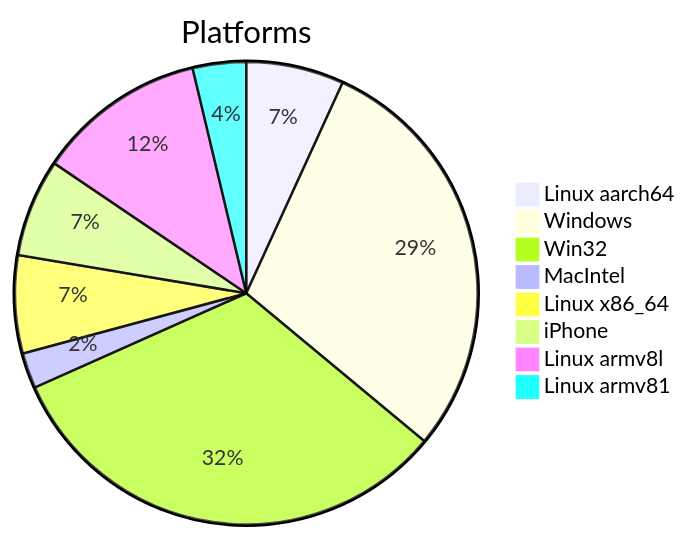
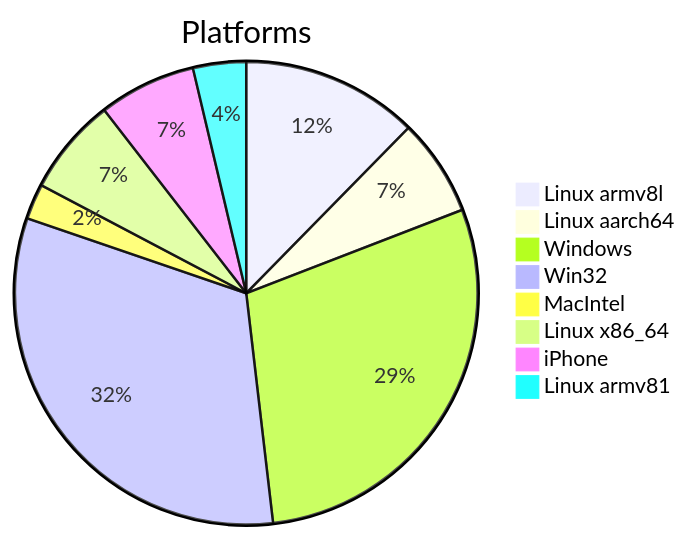
Before and after one commit to Krugou/socials: the first of 2 diagrams in DATA_REPORT.md, drawn with Mermaid. The commit also changed other lines of this file and 2 other files, not shown here.

````diff
--- a/DATA_REPORT.md
+++ b/DATA_REPORT.md
@@ -9,11 +9,11 @@
 ```mermaid
 pie title Platforms
+    "Linux armv8l" : 20
     "Linux aarch64" : 11
     "Windows" : 47
     "Win32" : 52
     "MacIntel" : 4
     "Linux x86_64" : 11
     "iPhone" : 11
-    "Linux armv8l" : 19
     "Linux armv81" : 6
 ```
````
